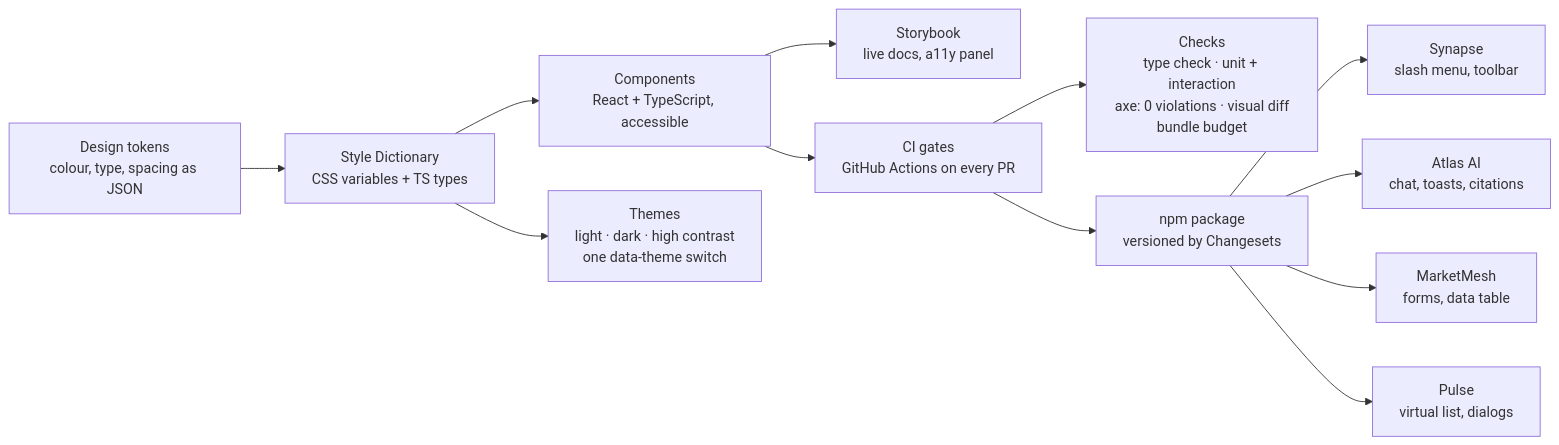
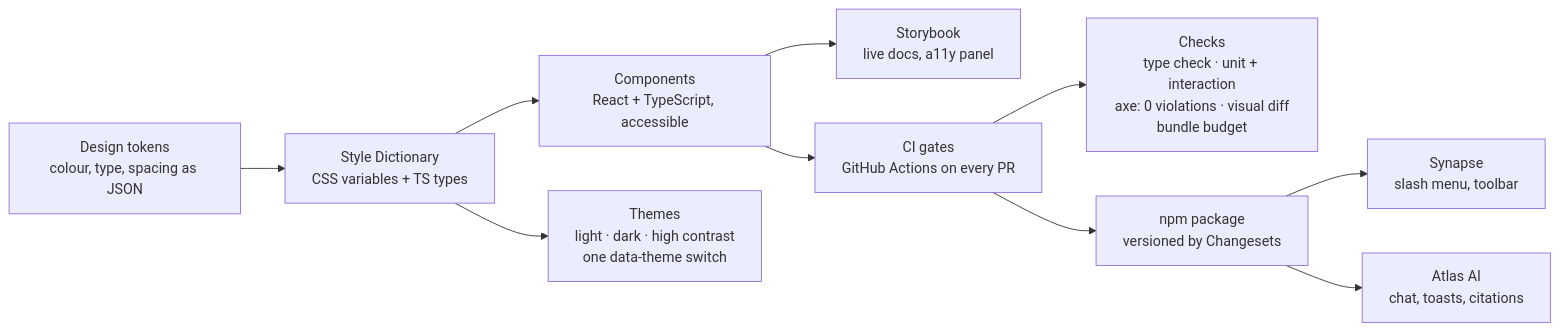
One commit to yashwanthvarma74-ai/designSystem changed the diagram in README.md. Above: the diagram before and after it, drawn with Mermaid. The commit also changed other lines of this file, not shown here.

Commit message:
docs: list only the apps that use Meridian and drop the demo video placeholder

````diff
--- a/README.md
+++ b/README.md
@@ -26,14 +26,12 @@
 ```mermaid
 flowchart LR
   T["Design tokens<br/>colour, type, spacing as JSON"] --> SD["Style Dictionary<br/>CSS variables + TS types"]
   SD --> C["Components<br/>React + TypeScript, accessible"]
   SD --> TH["Themes<br/>light · dark · high contrast<br/>one data-theme switch"]
   C --> SB["Storybook<br/>live docs, a11y panel"]
   C --> CI["CI gates<br/>GitHub Actions on every PR"]
   CI --> CH["Checks<br/>type check · unit + interaction<br/>axe: 0 violations · visual diff<br/>bundle budget"]
   CI --> NPM["npm package<br/>versioned by Changesets"]
   NPM --> S["Synapse<br/>slash menu, toolbar"]
   NPM --> A["Atlas AI<br/>chat, toasts, citations"]
-  NPM --> M["MarketMesh<br/>forms, data table"]
-  NPM --> P["Pulse<br/>virtual list, dialogs"]
 ```
````
